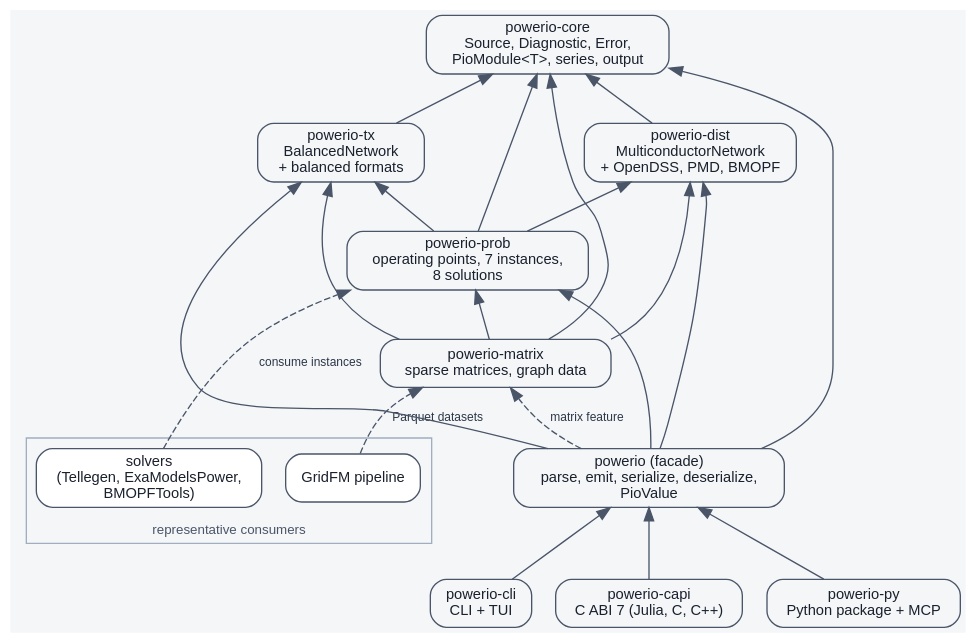
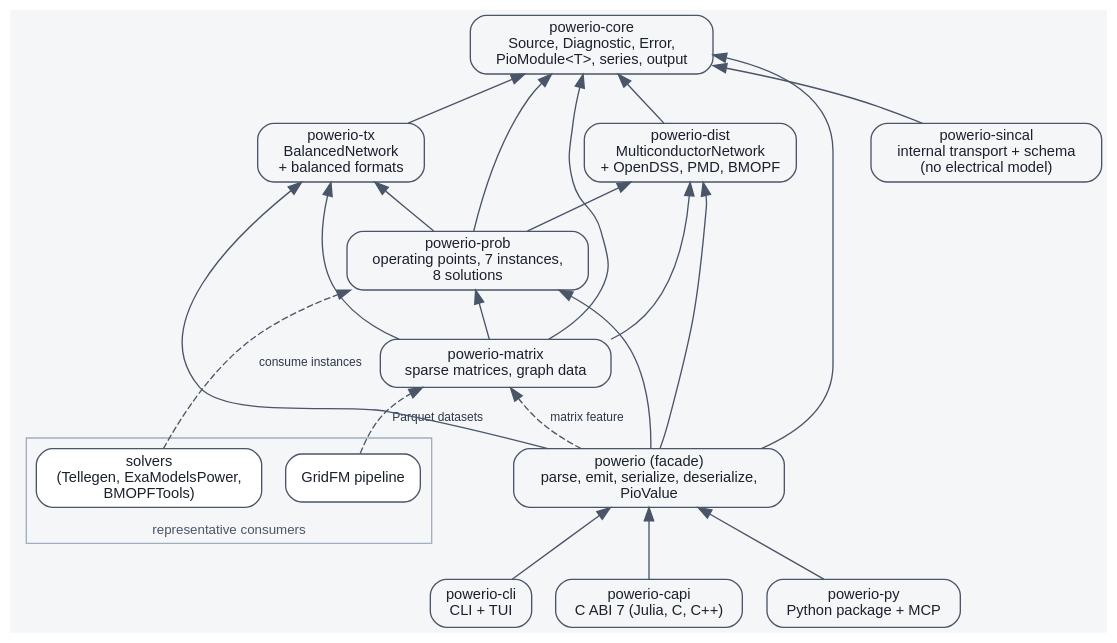
The diagram in docs/diagrams/architecture.dot (eigenergy/powerio), drawn with Graphviz before and after one commit. The commit also changed 44 other files, not shown here.

```diff
--- a/docs/diagrams/architecture.dot
+++ b/docs/diagrams/architecture.dot
@@ -1,56 +1,58 @@
 // The primary architecture map: components, dependency direction, and the
 // two network families. Edges read "depends on" unless labeled. Checked
 // against cargo metadata by scripts/check-architecture-map.py; the committed
 // SVG is generated by the same script. Node ids that name crates must match
 // workspace member names exactly.
 digraph powerio_architecture {
     rankdir = BT;
     bgcolor = "#f4f6f8";
     node [shape = box, style = "rounded,filled", fillcolor = "#f4f6f8",
           color = "#4a5568", fontname = "Helvetica", fontsize = 11,
           fontcolor = "#1a202c"];
     edge [color = "#4a5568", fontname = "Helvetica", fontsize = 9,
           fontcolor = "#2d3748"];
 
     subgraph cluster_consumers {
         label = "representative consumers";
         fontname = "Helvetica"; fontsize = 10; color = "#a0aec0"; fontcolor = "#4a5568";
         solvers [label = "solvers\n(Tellegen, ExaModelsPower,\nBMOPFTools)", fillcolor = "#ffffff"];
         gridfm_ml [label = "GridFM pipeline", fillcolor = "#ffffff"];
     }
 
     "powerio-cli" [label = "powerio-cli\nCLI + TUI"];
     "powerio-capi" [label = "powerio-capi\nC ABI 7 (Julia, C, C++)"];
     "powerio-py" [label = "powerio-py\nPython package + MCP"];
 
     powerio [label = "powerio (facade)\nparse, emit, serialize, deserialize,\nPioValue"];
 
     "powerio-matrix" [label = "powerio-matrix\nsparse matrices, graph data"];
     "powerio-prob" [label = "powerio-prob\noperating points, 7 instances,\n8 solutions"];
 
     "powerio-tx" [label = "powerio-tx\nBalancedNetwork\n+ balanced formats"];
     "powerio-dist" [label = "powerio-dist\nMulticonductorNetwork\n+ OpenDSS, PMD, BMOPF"];
 
     "powerio-core" [label = "powerio-core\nSource, Diagnostic, Error,\nPioModule<T>, series, output"];
+    "powerio-sincal" [label = "powerio-sincal\ninternal transport + schema\n(no electrical model)"];
 
     "powerio-tx" -> "powerio-core";
     "powerio-dist" -> "powerio-core";
+    "powerio-sincal" -> "powerio-core";
     "powerio-prob" -> "powerio-core";
     "powerio-prob" -> "powerio-tx";
     "powerio-prob" -> "powerio-dist";
     "powerio-matrix" -> "powerio-core";
     "powerio-matrix" -> "powerio-tx";
     "powerio-matrix" -> "powerio-dist";
     "powerio-matrix" -> "powerio-prob";
     powerio -> "powerio-core";
     powerio -> "powerio-tx";
     powerio -> "powerio-dist";
     powerio -> "powerio-prob";
     powerio -> "powerio-matrix" [label = "matrix feature", style = dashed];
     "powerio-cli" -> powerio;
     "powerio-capi" -> powerio;
     "powerio-py" -> powerio;
 
     solvers -> "powerio-prob" [label = "consume instances", style = dashed];
     gridfm_ml -> "powerio-matrix" [label = "Parquet datasets", style = dashed];
 }
```
